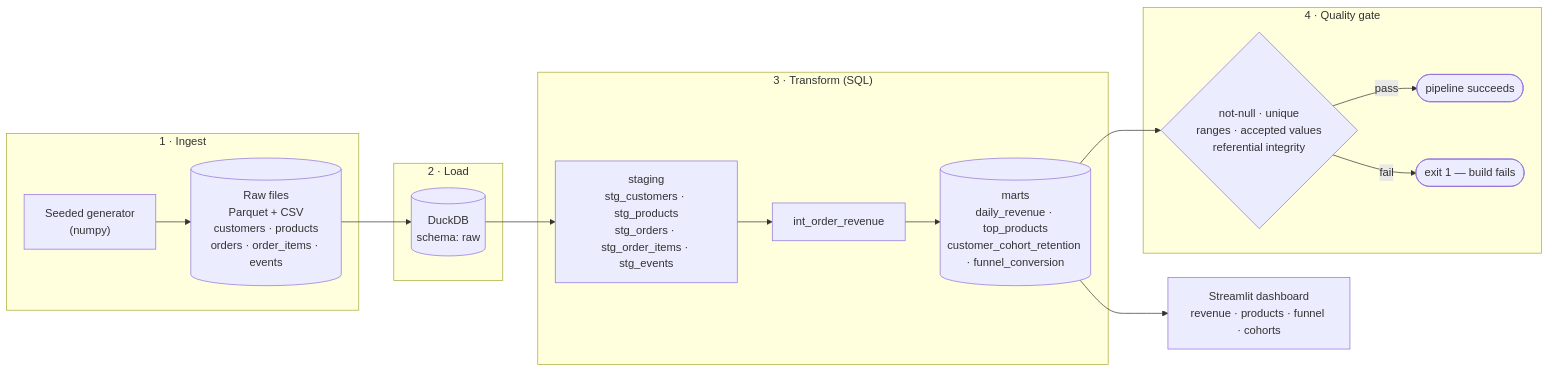
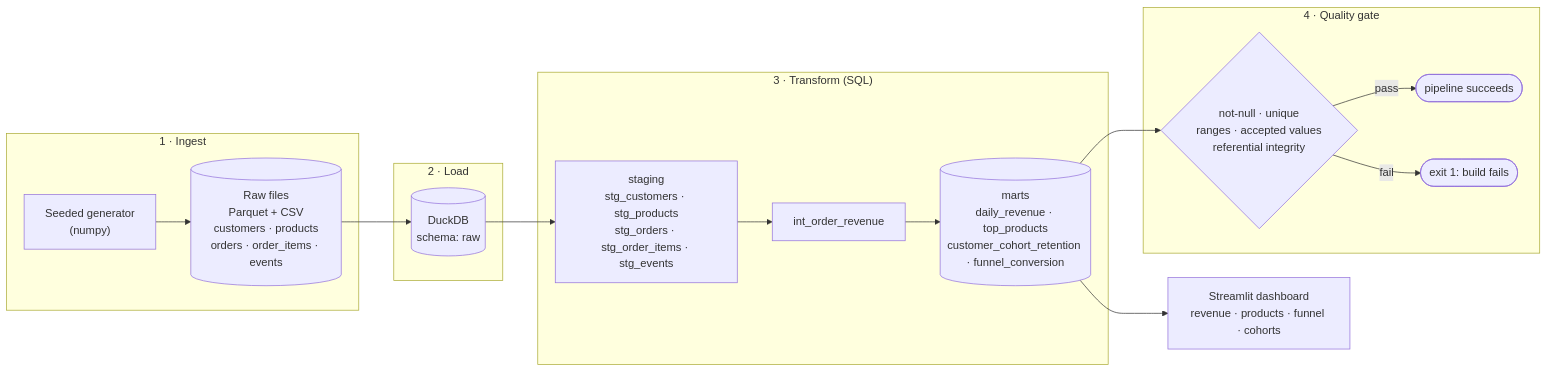
One commit to LaelaZorana/ecommerce-data-pipeline changed the diagram in README.md. Above: the diagram before and after it, drawn with Mermaid. The commit also changed 1 other file, not shown here.

Commit message:
Voice pass: em-dashes out of all source (docstrings, comments, samples, changelogs); content, code, data, and citations unchanged

````diff
--- a/README.md
+++ b/README.md
@@ -15,24 +15,24 @@
 ```mermaid
 flowchart LR
     subgraph ingest["1 · Ingest"]
         gen["Seeded generator<br/>(numpy)"] --> raw[("Raw files<br/>Parquet + CSV<br/>customers · products<br/>orders · order_items · events")]
     end
 
     subgraph load["2 · Load"]
         raw --> rawdb[("DuckDB<br/>schema: raw")]
     end
 
     subgraph transform["3 · Transform (SQL)"]
         rawdb --> stg["staging<br/>stg_customers · stg_products<br/>stg_orders · stg_order_items · stg_events"]
         stg --> intm["int_order_revenue"]
         intm --> marts[("marts<br/>daily_revenue · top_products<br/>customer_cohort_retention · funnel_conversion")]
     end
 
     subgraph quality["4 · Quality gate"]
         marts --> checks{"not-null · unique<br/>ranges · accepted values<br/>referential integrity"}
         checks -->|pass| ok([pipeline succeeds])
-        checks -->|fail| stop([exit 1 — build fails])
+        checks -->|fail| stop([exit 1: build fails])
     end
 
     marts --> dash["Streamlit dashboard<br/>revenue · products · funnel · cohorts"]
 ```
````
